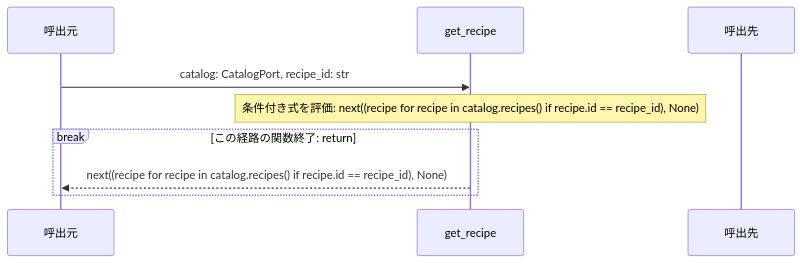
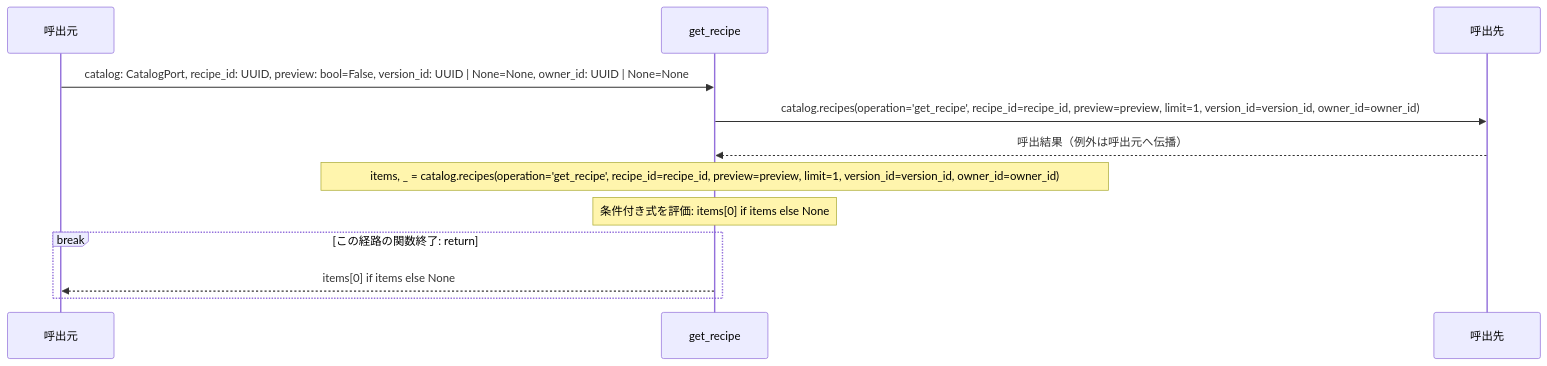
The second of 3 diagrams in docs/design/generated/api/operations/get_recipe/sequence.md (tsuji-tomonori/RecipeWeave), drawn with Mermaid before and after one commit. The commit also changed other lines of this file and 2755 other files, not shown here.

````diff
--- a/docs/design/generated/api/operations/get_recipe/sequence.md
+++ b/docs/design/generated/api/operations/get_recipe/sequence.md
@@ -47,11 +46,14 @@
 ```mermaid
 sequenceDiagram
     participant Caller as 呼出元
     participant Function as get_recipe
     participant Callee as 呼出先
-    Caller->>Function: catalog: CatalogPort, recipe_id: str
-    Note over Function: 条件付き式を評価: next((recipe for recipe in catalog.recipes() if recipe.id == recipe_id), None)
+    Caller->>Function: catalog: CatalogPort, recipe_id: UUID, preview: bool=False, version_id: UUID | None=None, owner_id: UUID | None=None
+    Function->>Callee: catalog.recipes(operation=#39;get_recipe#39;, recipe_id=recipe_id, preview=preview, limit=1, version_id=version_id, owner_id=owner_id)
+    Callee-->>Function: 呼出結果（例外は呼出元へ伝播）
+    Note over Function: items, _ = catalog.recipes(operation=#39;get_recipe#39;, recipe_id=recipe_id, preview=preview, limit=1, version_id=version_id, owner_id=owner_id)
+    Note over Function: 条件付き式を評価: items[0] if items else None
     break この経路の関数終了: return
-        Function-->>Caller: next((recipe for recipe in catalog.recipes() if recipe.id == recipe_id), None)
+        Function-->>Caller: items[0] if items else None
     end
 ```
````
